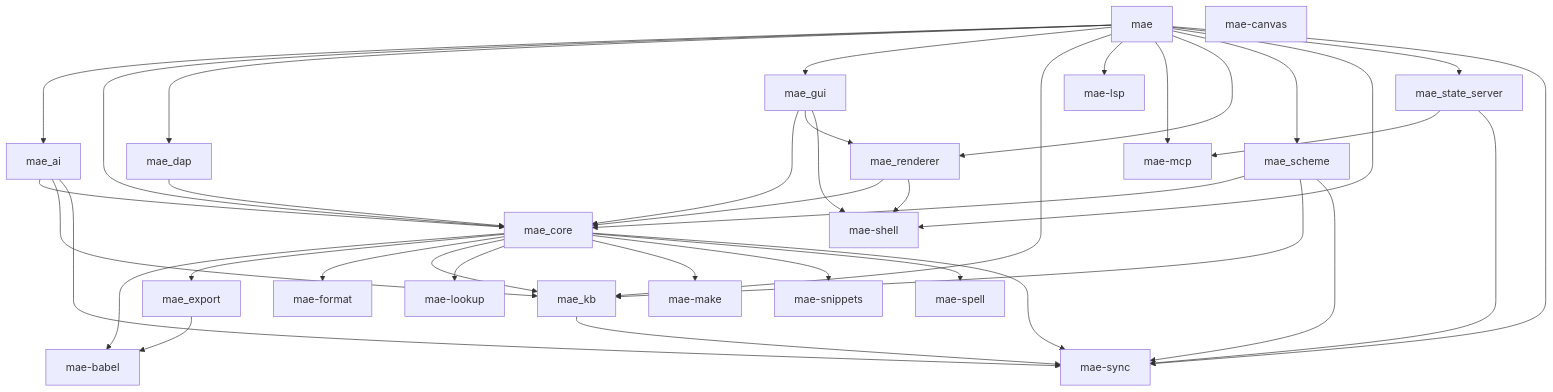
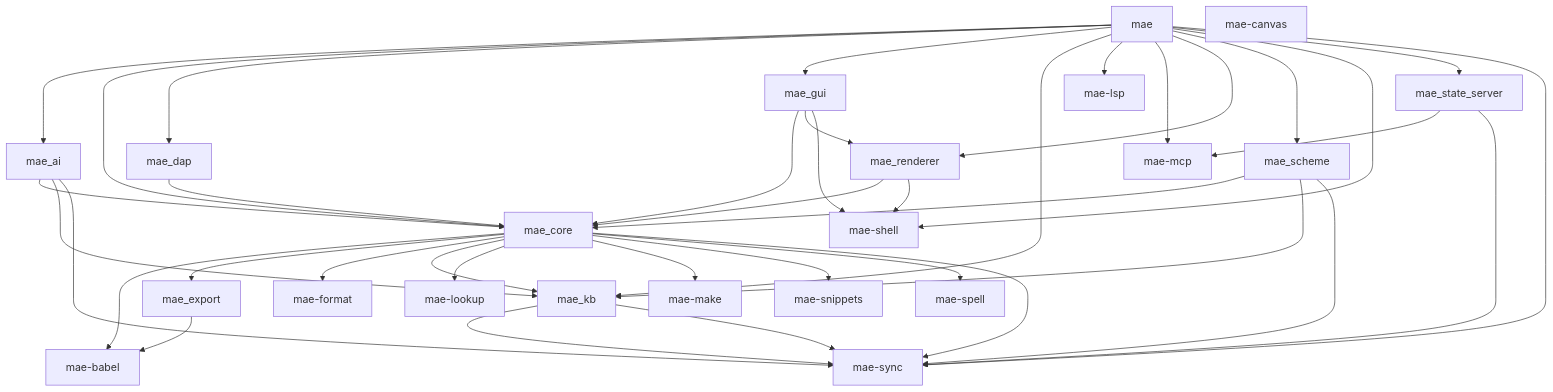
One commit to cuttlefisch/mae changed the diagram in docs/CODE_MAP.md. Above: the diagram before and after it, drawn with Mermaid. The commit also changed other lines of this file and 53 other files, not shown here.

First line of the commit message:
feat: binary architecture split — editor + daemon workspaces (ADR-014)

````diff
--- a/docs/CODE_MAP.md
+++ b/docs/CODE_MAP.md
@@ -7,51 +7,52 @@
 ```mermaid
 graph TD
     mae --> mae_ai
     mae --> mae_core
     mae --> mae_dap
     mae --> mae_gui
     mae --> mae_kb
     mae --> mae_lsp
     mae --> mae_mcp
     mae --> mae_renderer
     mae --> mae_scheme
     mae --> mae_shell
     mae --> mae_state_server
     mae --> mae_sync
     mae_ai --> mae_core
     mae_ai --> mae_kb
     mae_ai --> mae_sync
     mae_babel[mae-babel]
     mae_canvas[mae-canvas]
     mae_core --> mae_babel
     mae_core --> mae_export
     mae_core --> mae_format
     mae_core --> mae_kb
     mae_core --> mae_lookup
     mae_core --> mae_make
     mae_core --> mae_snippets
     mae_core --> mae_spell
     mae_core --> mae_sync
     mae_dap --> mae_core
     mae_export --> mae_babel
     mae_format[mae-format]
     mae_gui --> mae_core
     mae_gui --> mae_renderer
     mae_gui --> mae_shell
     mae_kb --> mae_sync
+    mae_kb --> mae_sync
     mae_lookup[mae-lookup]
     mae_lsp[mae-lsp]
     mae_make[mae-make]
     mae_mcp[mae-mcp]
     mae_renderer --> mae_core
     mae_renderer --> mae_shell
     mae_scheme --> mae_core
     mae_scheme --> mae_kb
     mae_scheme --> mae_sync
     mae_shell[mae-shell]
     mae_snippets[mae-snippets]
     mae_spell[mae-spell]
     mae_state_server --> mae_mcp
     mae_state_server --> mae_sync
     mae_sync[mae-sync]
 ```
````
